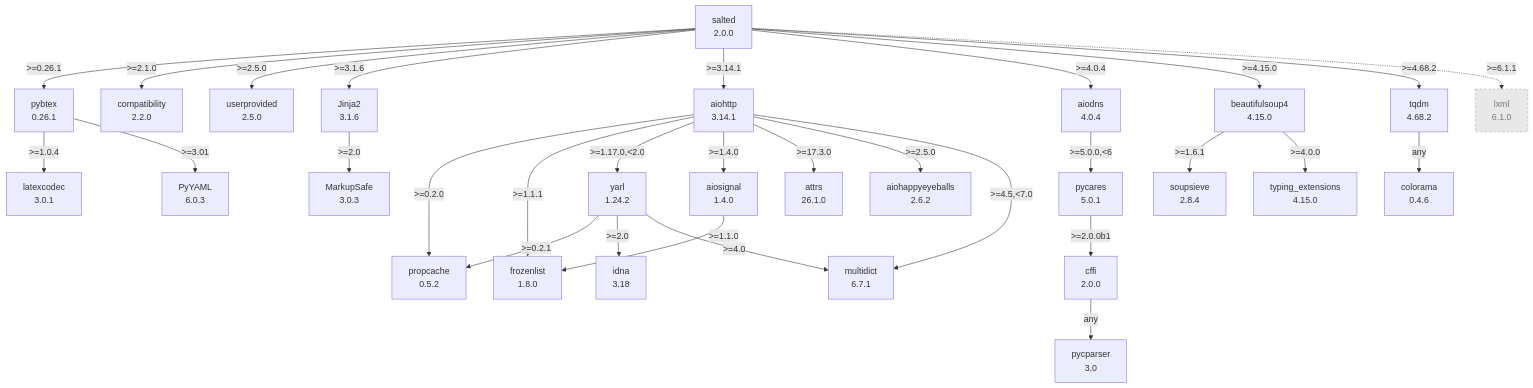
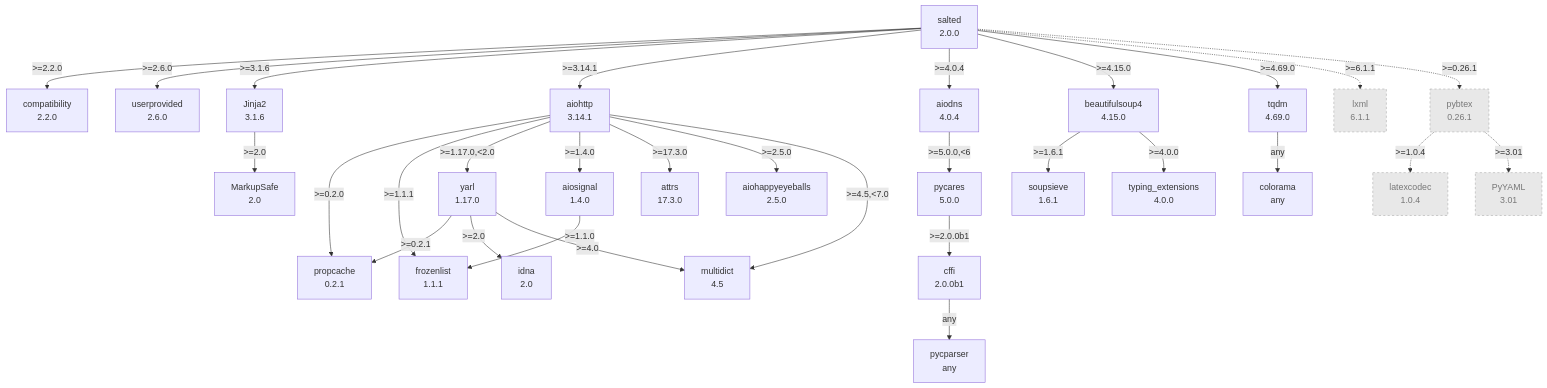
Before and after one commit to RuedigerVoigt/salted: the diagram in documentation/dependency-graph.md, drawn with Mermaid. The commit also changed other lines of this file and 1 other file, not shown here.

Commit message:
Document pybtex as an optional dependency
Split the dependency table into required and optional, and mark pybtex
and its own dependencies as optional in the graph. The graph now shows
the lowest version each constraint allows.

````diff
--- a/documentation/dependency-graph.md
+++ b/documentation/dependency-graph.md
@@ -1,61 +8,61 @@
 ```mermaid
 flowchart TD
     classDef missing stroke-dasharray: 5
     classDef optional fill:#e8e8e8,stroke:#aaaaaa,color:#777777,stroke-dasharray:4
     aiodns["aiodns<br/>4.0.4"]
-    aiohappyeyeballs["aiohappyeyeballs<br/>2.6.2"]
+    aiohappyeyeballs["aiohappyeyeballs<br/>2.5.0"]
     aiohttp["aiohttp<br/>3.14.1"]
     aiosignal["aiosignal<br/>1.4.0"]
-    attrs["attrs<br/>26.1.0"]
+    attrs["attrs<br/>17.3.0"]
     beautifulsoup4["beautifulsoup4<br/>4.15.0"]
-    cffi["cffi<br/>2.0.0"]
-    colorama["colorama<br/>0.4.6"]
+    cffi["cffi<br/>2.0.0b1"]
+    colorama["colorama<br/>any"]
     compatibility["compatibility<br/>2.2.0"]
-    frozenlist["frozenlist<br/>1.8.0"]
-    idna["idna<br/>3.18"]
+    frozenlist["frozenlist<br/>1.1.1"]
+    idna["idna<br/>2.0"]
     jinja2["Jinja2<br/>3.1.6"]
-    latexcodec["latexcodec<br/>3.0.1"]
-    markupsafe["MarkupSafe<br/>3.0.3"]
-    multidict["multidict<br/>6.7.1"]
-    propcache["propcache<br/>0.5.2"]
-    pybtex["pybtex<br/>0.26.1"]
-    pycares["pycares<br/>5.0.1"]
-    pycparser["pycparser<br/>3.0"]
-    pyyaml["PyYAML<br/>6.0.3"]
+    latexcodec["latexcodec<br/>1.0.4"]:::optional
+    markupsafe["MarkupSafe<br/>2.0"]
+    multidict["multidict<br/>4.5"]
+    propcache["propcache<br/>0.2.1"]
+    pybtex["pybtex<br/>0.26.1"]:::optional
+    pycares["pycares<br/>5.0.0"]
+    pycparser["pycparser<br/>any"]
+    pyyaml["PyYAML<br/>3.01"]:::optional
     salted["salted<br/>2.0.0"]
-    soupsieve["soupsieve<br/>2.8.4"]
-    tqdm["tqdm<br/>4.68.2"]
-    typing-extensions["typing_extensions<br/>4.15.0"]
-    userprovided["userprovided<br/>2.5.0"]
-    yarl["yarl<br/>1.24.2"]
-    lxml["lxml<br/>6.1.0"]:::optional
+    soupsieve["soupsieve<br/>1.6.1"]
+    tqdm["tqdm<br/>4.69.0"]
+    typing-extensions["typing_extensions<br/>4.0.0"]
+    userprovided["userprovided<br/>2.6.0"]
+    yarl["yarl<br/>1.17.0"]
+    lxml["lxml<br/>6.1.1"]:::optional
     aiodns -- ">=5.0.0,<6" --> pycares
     aiohttp -- ">=0.2.0" --> propcache
     aiohttp -- ">=1.1.1" --> frozenlist
     aiohttp -- ">=1.17.0,<2.0" --> yarl
     aiohttp -- ">=1.4.0" --> aiosignal
     aiohttp -- ">=17.3.0" --> attrs
     aiohttp -- ">=2.5.0" --> aiohappyeyeballs
     aiohttp -- ">=4.5,<7.0" --> multidict
     aiosignal -- ">=1.1.0" --> frozenlist
     beautifulsoup4 -- ">=1.6.1" --> soupsieve
     beautifulsoup4 -- ">=4.0.0" --> typing-extensions
     cffi -- "any" --> pycparser
     jinja2 -- ">=2.0" --> markupsafe
-    pybtex -- ">=1.0.4" --> latexcodec
-    pybtex -- ">=3.01" --> pyyaml
+    pybtex -. ">=1.0.4" .-> latexcodec
+    pybtex -. ">=3.01" .-> pyyaml
     pycares -- ">=2.0.0b1" --> cffi
-    salted -- ">=0.26.1" --> pybtex
-    salted -- ">=2.1.0" --> compatibility
-    salted -- ">=2.5.0" --> userprovided
+    salted -- ">=2.2.0" --> compatibility
+    salted -- ">=2.6.0" --> userprovided
     salted -- ">=3.1.6" --> jinja2
     salted -- ">=3.14.1" --> aiohttp
     salted -- ">=4.0.4" --> aiodns
     salted -- ">=4.15.0" --> beautifulsoup4
-    salted -- ">=4.68.2" --> tqdm
+    salted -- ">=4.69.0" --> tqdm
     tqdm -- "any" --> colorama
     yarl -- ">=0.2.1" --> propcache
     yarl -- ">=2.0" --> idna
     yarl -- ">=4.0" --> multidict
     salted -. ">=6.1.1" .-> lxml
+    salted -. ">=0.26.1" .-> pybtex
 ```
````
